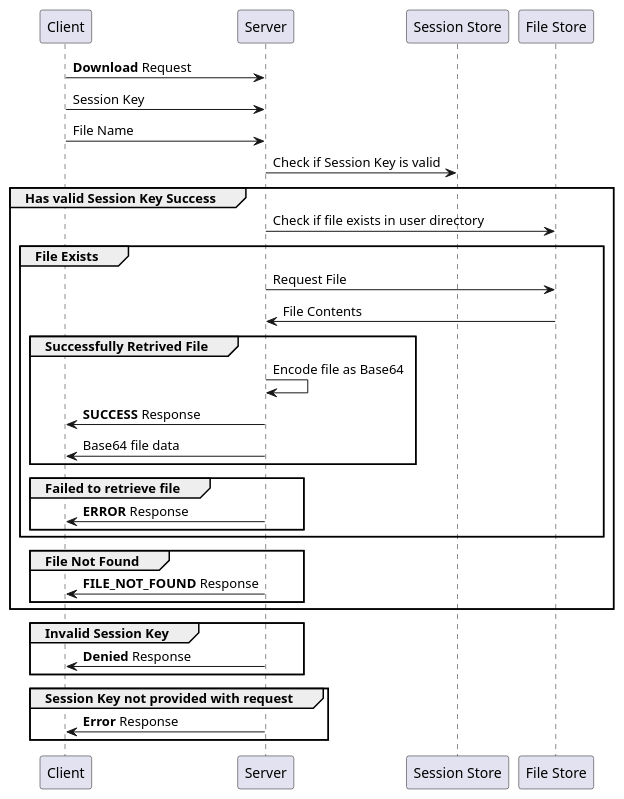
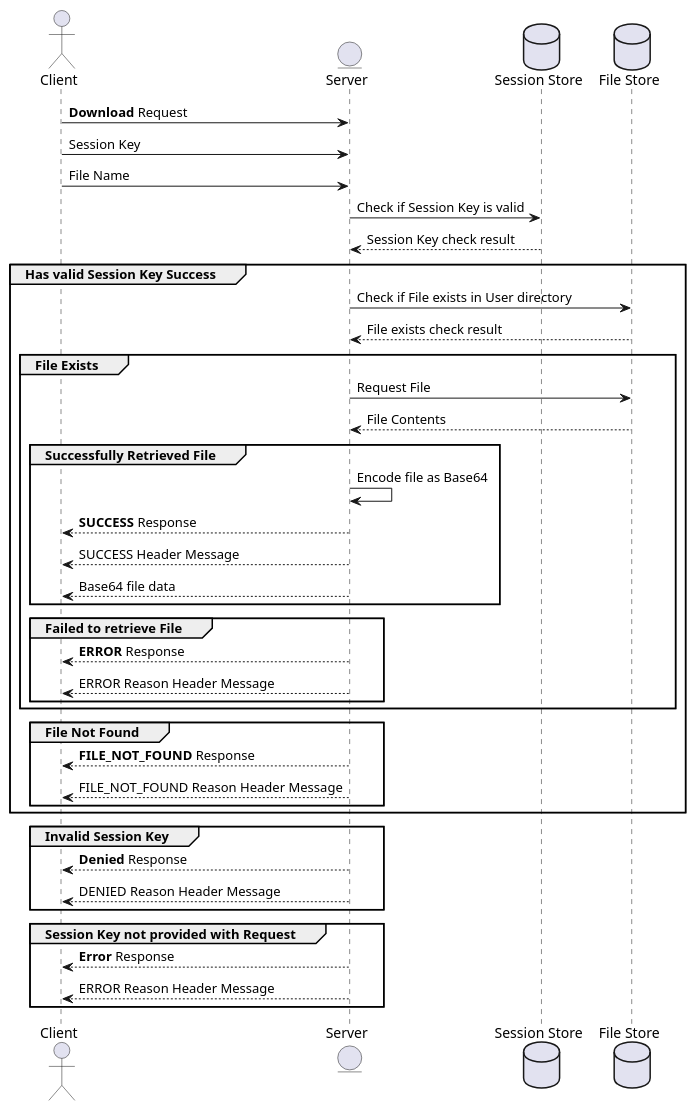
The diagram in diagrams/download_sequence.puml (mdgriffin/distributed-computing-project), drawn with PlantUML before and after one commit. The commit also changed 4 other files, not shown here.

Commit message:
Improved sequence diagrams, added entities

```diff
--- a/diagrams/download_sequence.puml
+++ b/diagrams/download_sequence.puml
@@ -1,38 +1,50 @@
 @startuml
+actor Client
+entity Server
+Database "Session Store"
+Database "File Store"
+
 Client -> Server: **Download** Request
 Client -> Server: Session Key
 Client -> Server: File Name
 
 Server -> "Session Store": Check if Session Key is valid
+"Session Store" --> Server: Session Key check result
 
 group Has valid Session Key Success
-    Server -> "File Store": Check if file exists in user directory
+    Server -> "File Store": Check if File exists in User directory
+    "File Store" --> Server: File exists check result
 
     group File Exists
         Server -> "File Store": Request File
-        "File Store" -> Server: File Contents
+        "File Store" --> Server: File Contents
 
-        group Successfully Retrived File
+        group Successfully Retrieved File
             Server -> Server: Encode file as Base64
-            Server -> Client: **SUCCESS** Response
-            Server -> Client: Base64 file data
+            Server --> Client: **SUCCESS** Response
+            Server --> Client: SUCCESS Header Message
+            Server --> Client: Base64 file data
         end
 
-        group Failed to retrieve file
-            Server -> Client: **ERROR** Response
+        group Failed to retrieve File
+            Server --> Client: **ERROR** Response
+            Server --> Client: ERROR Reason Header Message
         end
     end
 
     group File Not Found
-        Server -> Client: **FILE_NOT_FOUND** Response
+        Server --> Client: **FILE_NOT_FOUND** Response
+        Server --> Client: FILE_NOT_FOUND Reason Header Message
     end
 end
 
 group Invalid Session Key
-    Server -> Client: **Denied** Response
+    Server --> Client: **Denied** Response
+    Server --> Client: DENIED Reason Header Message
 end
 
-group Session Key not provided with request
-    Server -> Client: **Error** Response
+group Session Key not provided with Request
+    Server --> Client: **Error** Response
+    Server --> Client: ERROR Reason Header Message
 end
 @enduml
```
